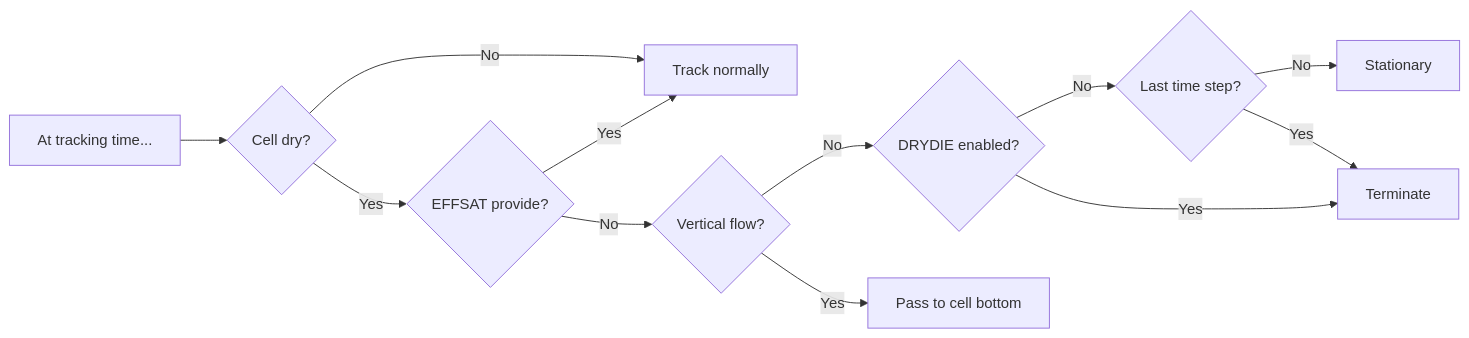
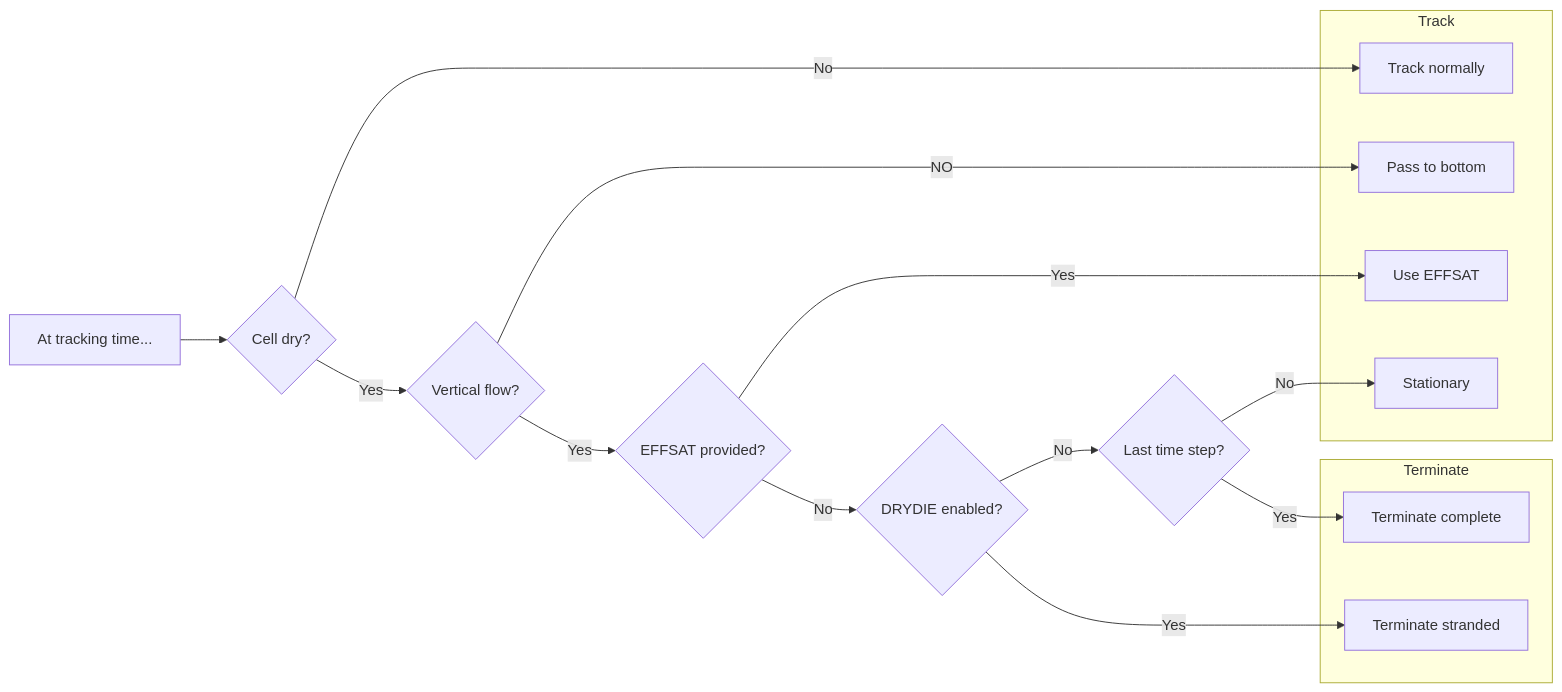
The third of 3 diagrams in src/Solution/ParticleTracker/vertical.md (MODFLOW-USGS/modflow6), drawn with Mermaid before and after one commit. The commit also changed other lines of this file and 7 other files, not shown here.

````diff
--- a/src/Solution/ParticleTracker/vertical.md
+++ b/src/Solution/ParticleTracker/vertical.md
@@ -35,15 +55,24 @@
 ```mermaid
 flowchart LR
     START[At tracking time...] --> DRY{Cell dry?}
     DRY --> |No| TRACK[Track normally]
-    DRY --> |Yes| EFFSAT{EFFSAT provide?}
-    EFFSAT --> |Yes| TRACK
-    EFFSAT --> |No| VERT{Vertical flow?}
-    VERT --> |No| DRYDIE{DRYDIE enabled?}
-    VERT --> |Yes| PASS_TO_BOTTOM[Pass to cell bottom]
+    DRY --> |Yes| VERT{Vertical flow?}
+    VERT --> |NO| PASS_TO_BOTTOM[Pass to bottom]
+    VERT --> |Yes| EFFSAT{EFFSAT provided?}
+    EFFSAT --> |Yes| TRACK_EFFSAT[Use EFFSAT]
+    EFFSAT --> |No| DRYDIE{DRYDIE enabled?}
     DRYDIE --> |No| LAST{Last time step?}
     LAST --> |No| STAY[Stationary]
-    LAST --> |Yes| TERMINATE
-    DRYDIE --> |Yes| TERMINATE[Terminate]
-    
+    LAST --> |Yes| TERMINATE[Terminate complete]
+    DRYDIE --> |Yes| TERMINATE_STRANDED[Terminate stranded]
+    subgraph Track
+    TRACK
+    TRACK_EFFSAT
+    PASS_TO_BOTTOM
+    STAY
+    end
+    subgraph Terminate
+    TERMINATE
+    TERMINATE_STRANDED
+    end
 ```
````
